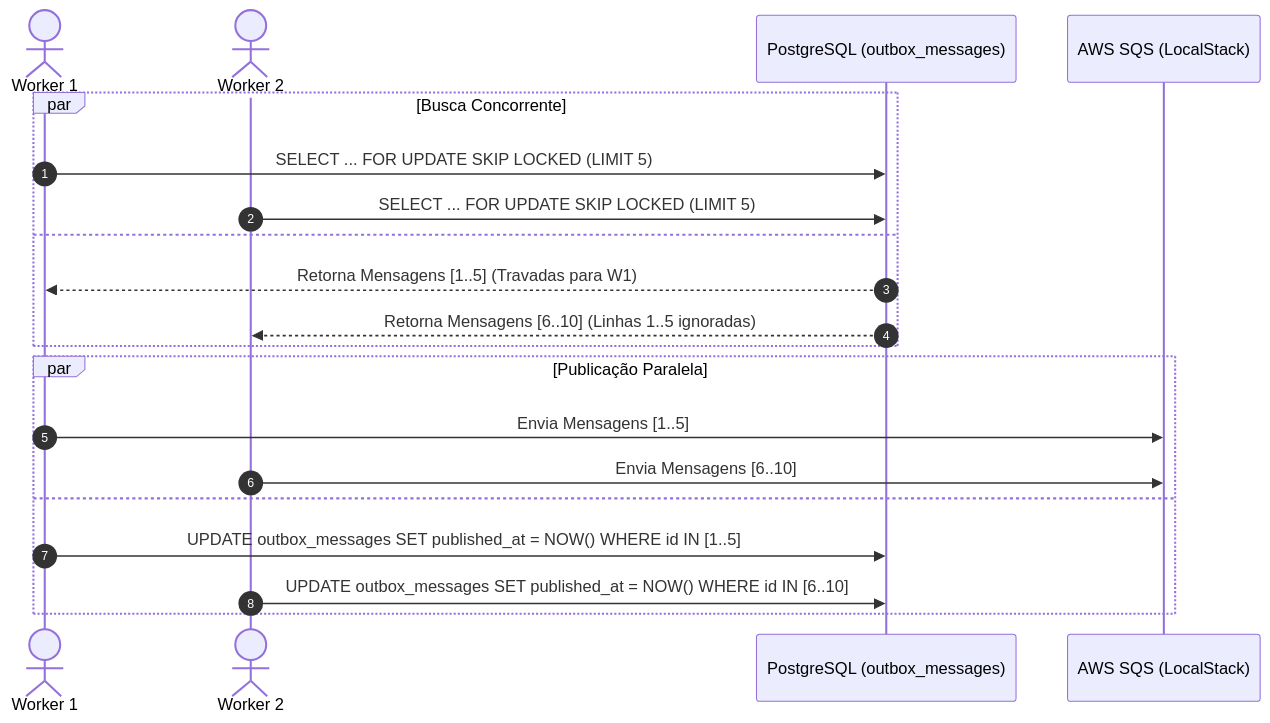
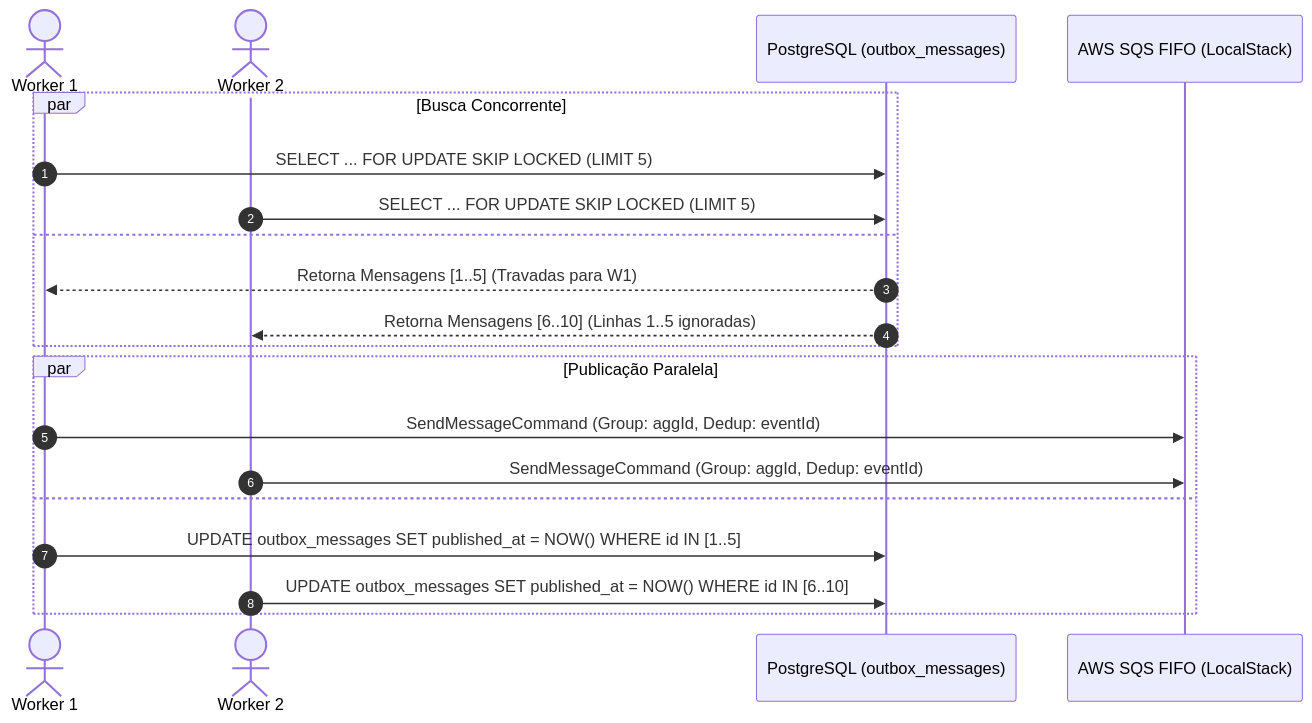
The diagram in docs/modules/infrastructure-and-integration.md (snt-lucas/backend-challenge-jungle-gaming), drawn with Mermaid before and after one commit. The commit also changed other lines of this file and 17 other files, not shown here.

Commit message:
docs: complete architectural specifications, ADRs, engineering journey and operational guide

````diff
--- a/docs/modules/infrastructure-and-integration.md
+++ b/docs/modules/infrastructure-and-integration.md
@@ -40,24 +76,24 @@
 ```mermaid
 sequenceDiagram
     autonumber
     actor W1 as Worker 1
     actor W2 as Worker 2
     participant DB as PostgreSQL (outbox_messages)
-    participant SQS as AWS SQS (LocalStack)
+    participant SQS as AWS SQS FIFO (LocalStack)
 
     par Busca Concorrente
         W1->>DB: SELECT ... FOR UPDATE SKIP LOCKED (LIMIT 5)
         W2->>DB: SELECT ... FOR UPDATE SKIP LOCKED (LIMIT 5)
     and
         DB-->>W1: Retorna Mensagens [1..5] (Travadas para W1)
         DB-->>W2: Retorna Mensagens [6..10] (Linhas 1..5 ignoradas)
     end
 
     par Publicação Paralela
-        W1->>SQS: Envia Mensagens [1..5]
-        W2->>SQS: Envia Mensagens [6..10]
+        W1->>SQS: SendMessageCommand (Group: aggId, Dedup: eventId)
+        W2->>SQS: SendMessageCommand (Group: aggId, Dedup: eventId)
     and
         W1->>DB: UPDATE outbox_messages SET published_at = NOW() WHERE id IN [1..5]
         W2->>DB: UPDATE outbox_messages SET published_at = NOW() WHERE id IN [6..10]
     end
 ```
````
